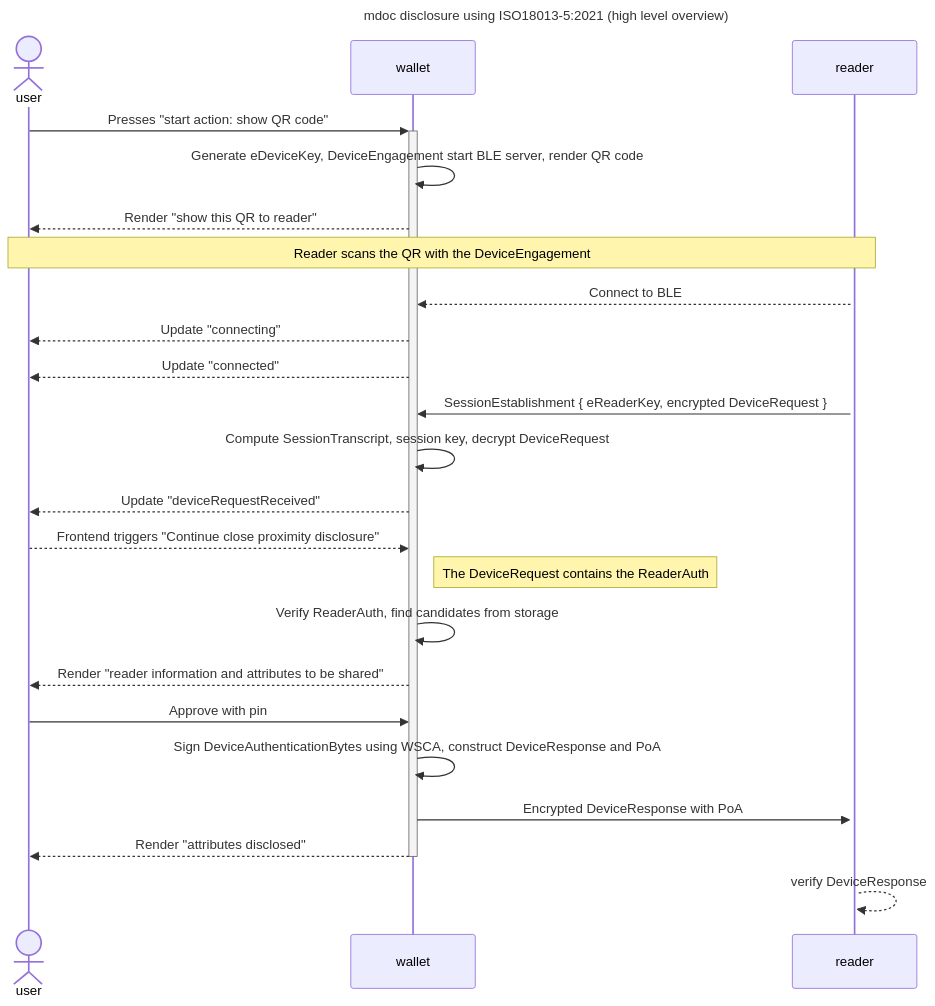
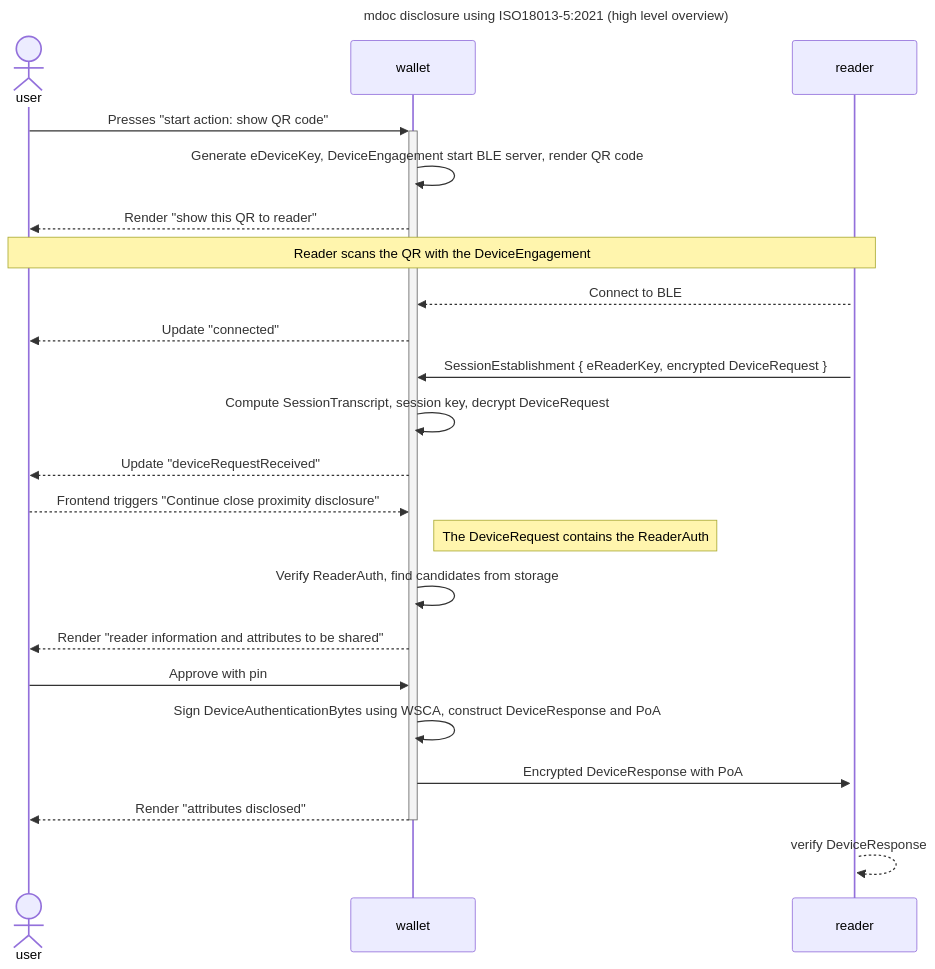
Before and after one commit to MinBZK/nl-wallet: the first of 2 diagrams in wallet_docs/architecture/use-cases/close-proximity-disclosure.md, drawn with Mermaid. The commit also changed other lines of this file, not shown here.

Commit message:
Remove connecting state from close proximity disclosure sequence diagram

````diff
--- a/wallet_docs/architecture/use-cases/close-proximity-disclosure.md
+++ b/wallet_docs/architecture/use-cases/close-proximity-disclosure.md
@@ -5,45 +5,44 @@
 ```{mermaid}
 sequenceDiagram
     %% Force ordering by explicitly setting up participants
     actor user
     participant wallet
     participant reader
 
     title mdoc disclosure using ISO18013-5:2021 (high level overview)
 
     user->>+wallet: Presses "start action: show QR code"
 
     wallet->>wallet: Generate eDeviceKey, DeviceEngagement start BLE server, render QR code
 
     wallet-->>user: Render "show this QR to reader"
 
     activate reader
     Note over user, reader: Reader scans the QR with the DeviceEngagement
 
     reader-->>wallet: Connect to BLE
-    wallet-->>user: Update "connecting"
     wallet-->>user: Update "connected"
 
     reader->>wallet: SessionEstablishment { eReaderKey, encrypted DeviceRequest }
 
     wallet->>wallet: Compute SessionTranscript, session key, decrypt DeviceRequest
 
     wallet-->>user: Update "deviceRequestReceived"
 
     user-->>wallet: Frontend triggers "Continue close proximity disclosure"
 
     Note right of wallet: The DeviceRequest contains the ReaderAuth
 
     wallet->>wallet: Verify ReaderAuth, find candidates from storage
 
     wallet-->>user: Render "reader information and attributes to be shared"
 
     user->>wallet: Approve with pin
 
     wallet->>wallet: Sign DeviceAuthenticationBytes using WSCA, construct DeviceResponse and PoA
 
     wallet->>reader: Encrypted DeviceResponse with PoA
     wallet-->>-user: Render "attributes disclosed"
 
     reader-->>reader: verify DeviceResponse
 ```
````
